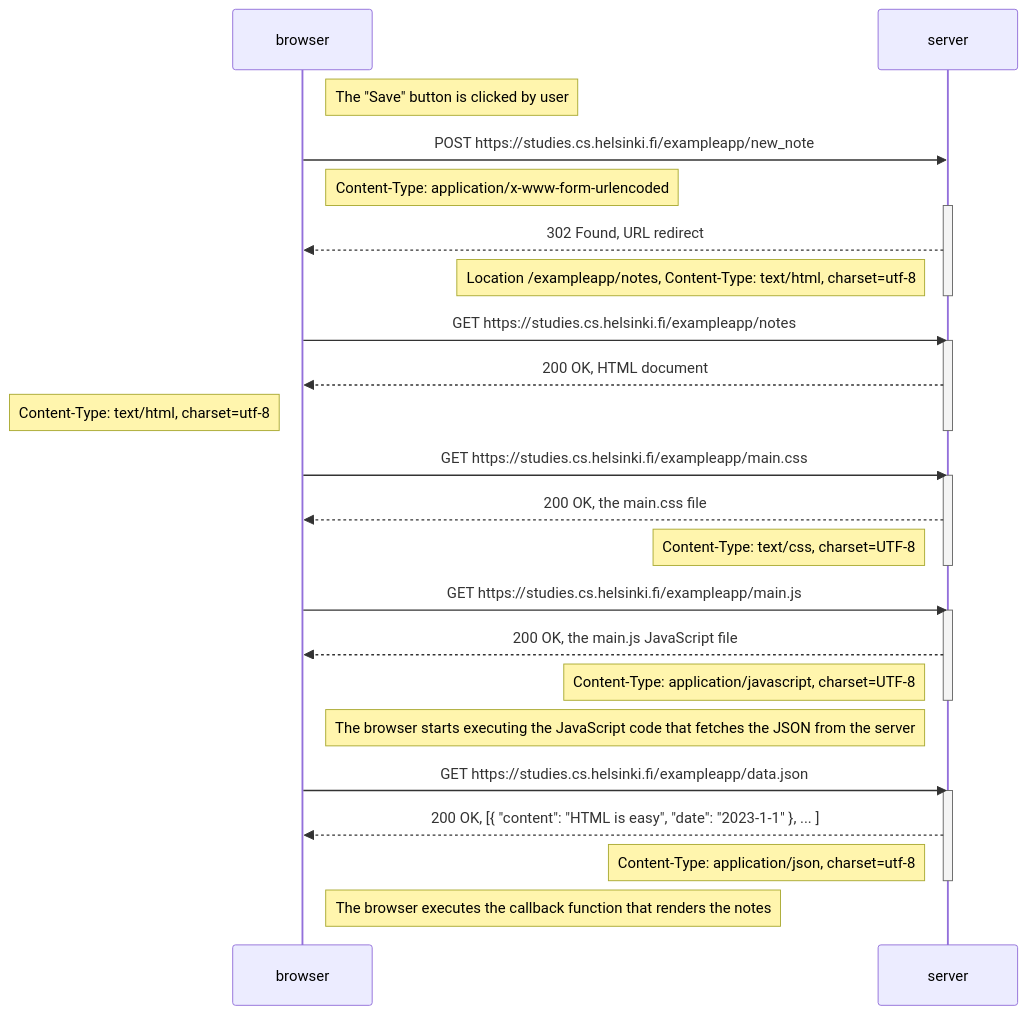
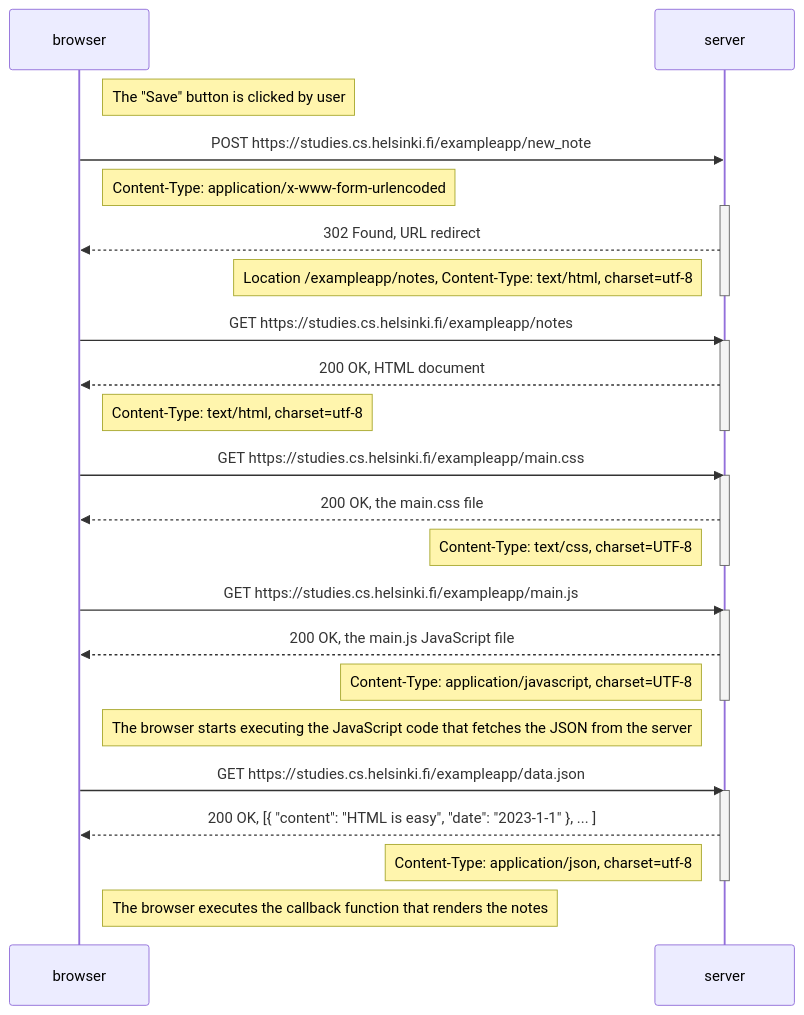
The diagram in FullStack_part0_0.4_NewNoteDiagram.md (sonata22/FullStack_part0), drawn with Mermaid before and after one commit.

````diff
--- a/FullStack_part0_0.4_NewNoteDiagram.md
+++ b/FullStack_part0_0.4_NewNoteDiagram.md
@@ -3,41 +3,41 @@
 ```mermaid
 sequenceDiagram
     participant browser
     participant server
 
     Note right of browser: The "Save" button is clicked by user
     browser->>server: POST https://studies.cs.helsinki.fi/exampleapp/new_note
     Note right of browser: Content-Type: application/x-www-form-urlencoded
     activate server
     server-->>browser: 302 Found, URL redirect
     Note left of server: Location /exampleapp/notes, Content-Type: text/html, charset=utf-8
     deactivate server
     
     browser->>server: GET https://studies.cs.helsinki.fi/exampleapp/notes
     activate server
     server-->>browser: 200 OK, HTML document
-    Note left of browser: Content-Type: text/html, charset=utf-8
+    Note right of browser: Content-Type: text/html, charset=utf-8
     deactivate server
 
     browser->>server: GET https://studies.cs.helsinki.fi/exampleapp/main.css
     activate server
     server-->>browser: 200 OK, the main.css file
     Note left of server: Content-Type: text/css, charset=UTF-8
     deactivate server
 
     browser->>server: GET https://studies.cs.helsinki.fi/exampleapp/main.js
     activate server
     server-->>browser: 200 OK, the main.js JavaScript file
     Note left of server: Content-Type: application/javascript, charset=UTF-8
     deactivate server
 
     Note right of browser: The browser starts executing the JavaScript code that fetches the JSON from the server
 
     browser->>server: GET https://studies.cs.helsinki.fi/exampleapp/data.json
     activate server
     server-->>browser: 200 OK, [{ "content": "HTML is easy", "date": "2023-1-1" }, ... ]
     Note left of server: Content-Type: application/json, charset=utf-8
     deactivate server
 
     Note right of browser: The browser executes the callback function that renders the notes
 ```
````
